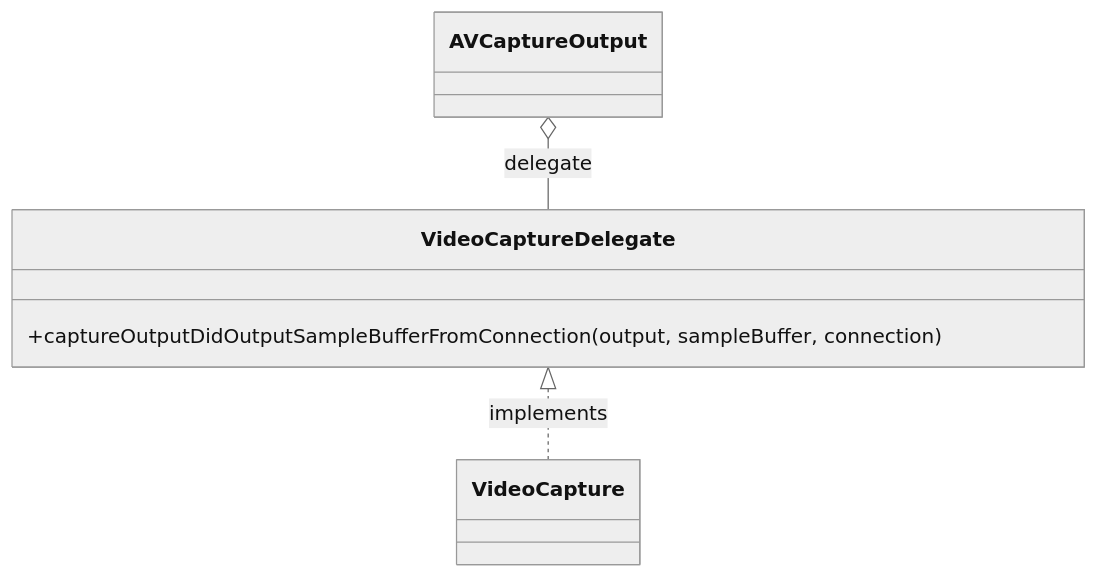
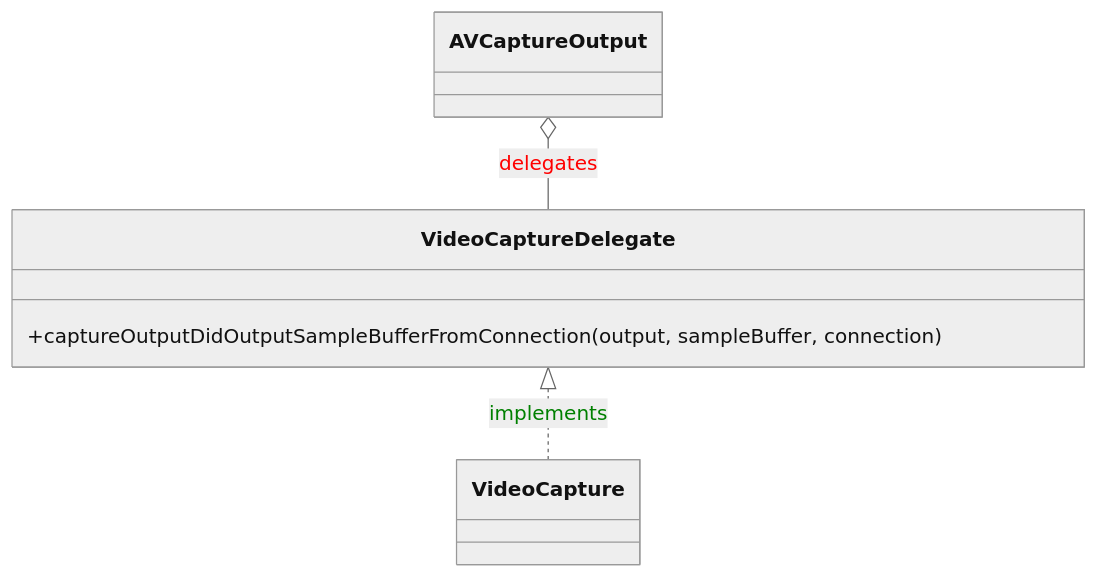
Before and after one commit to CongLeSolutionX/iOS-development-vault: the tenth of 10 diagrams in Reversing_Engineer_through_Interfaces/Swift-generated_header_file_in_depth_in_Mermaid.md, drawn with Mermaid (neutral theme). The commit also changed other lines of this file, not shown here.

Commit message:
update note with colors

````diff
--- a/Reversing_Engineer_through_Interfaces/Swift-generated_header_file_in_depth_in_Mermaid.md
+++ b/Reversing_Engineer_through_Interfaces/Swift-generated_header_file_in_depth_in_Mermaid.md
@@ -497,11 +497,17 @@
 ```mermaid
+%%   Notes:
+%%   - Blue arrows (`--|>`) represent inheritance.
+%%   - Green arrows (`..|>`) represent protocol conformance.
+%%   - Red Open diamonds arrows (`o--`) represent associations (usage/has-a relationships).
+
 classDiagram
     class AVCaptureOutput
     class VideoCaptureDelegate {
         +captureOutputDidOutputSampleBufferFromConnection(output, sampleBuffer, connection)
     }
     class VideoCapture
 
-    VideoCaptureDelegate <|.. VideoCapture : implements
-    AVCaptureOutput o-- VideoCaptureDelegate : delegate
+    VideoCaptureDelegate <|.. VideoCapture : <font color=green>implements</font>
+    AVCaptureOutput o-- VideoCaptureDelegate : <font color=red>delegates</font>
+
 ```
````
